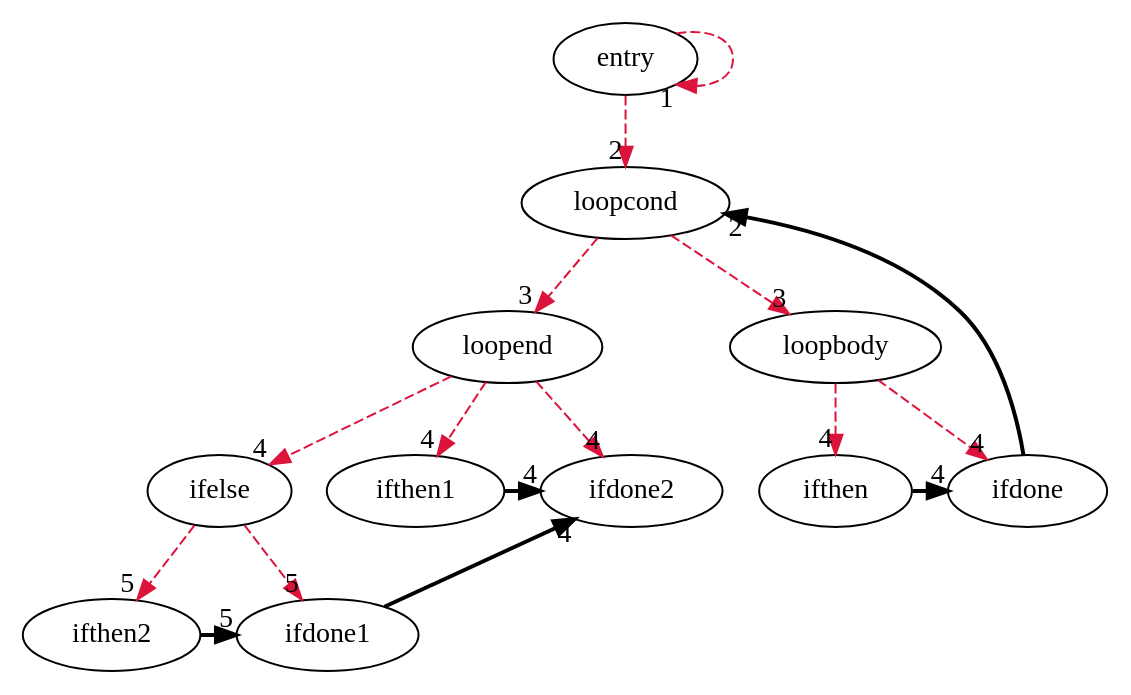
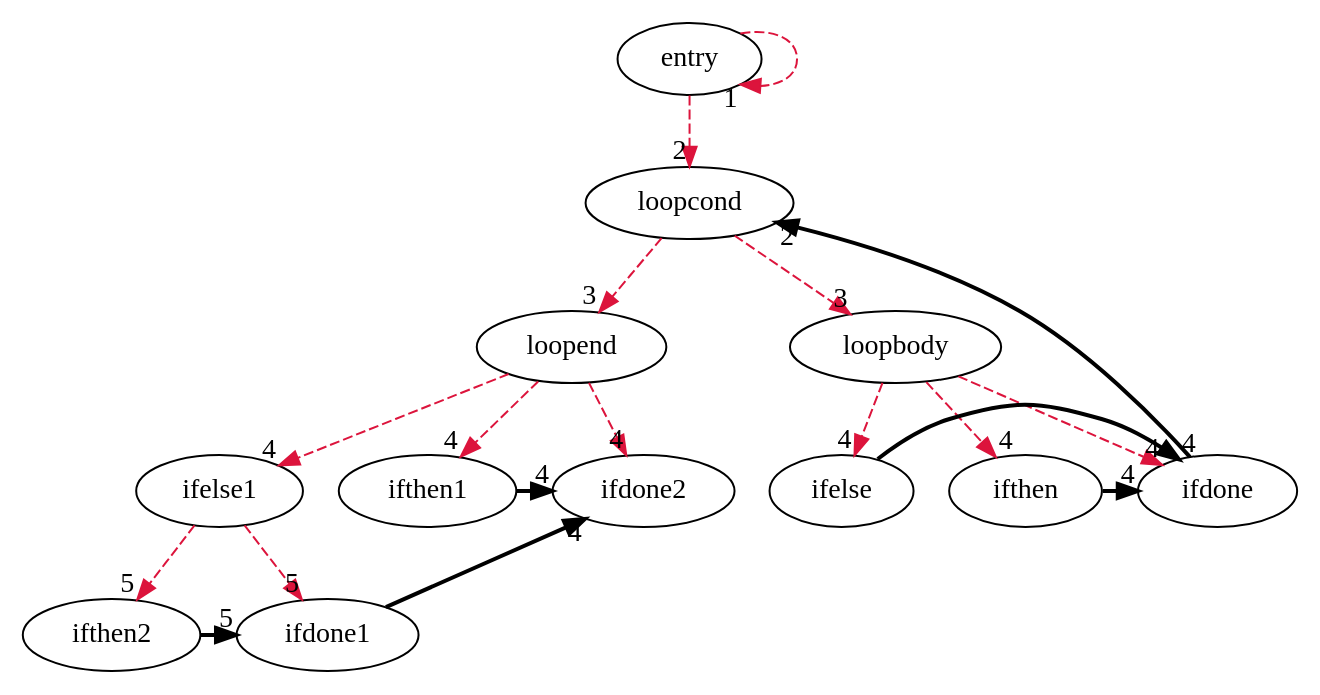
Before and after one commit to arnaavgoyal/new-compiler: the diagram in djg.dot, drawn with Graphviz. The commit also changed 11 other files, not shown here.

```diff
--- a/djg.dot
+++ b/djg.dot
@@ -1,18 +1,20 @@
 digraph {
 	entry -> entry [style="dashed" color="crimson" headlabel="1"]
 	entry -> loopcond [style="dashed" color="crimson" headlabel="2"]
 	loopcond -> loopend [style="dashed" color="crimson" headlabel="3"]
-	loopend -> ifelse [style="dashed" color="crimson" headlabel="4"]
-	ifelse -> ifthen2 [style="dashed" color="crimson" headlabel="5"]
-	ifelse -> ifdone1 [style="dashed" color="crimson" headlabel="5"]
+	loopend -> ifelse1 [style="dashed" color="crimson" headlabel="4"]
+	ifelse1 -> ifthen2 [style="dashed" color="crimson" headlabel="5"]
+	ifelse1 -> ifdone1 [style="dashed" color="crimson" headlabel="5"]
 	loopend -> ifthen1 [style="dashed" color="crimson" headlabel="4"]
 	loopend -> ifdone2 [style="dashed" color="crimson" headlabel="4"]
 	loopcond -> loopbody [style="dashed" color="crimson" headlabel="3"]
+	loopbody -> ifelse [style="dashed" color="crimson" headlabel="4"]
 	loopbody -> ifthen [style="dashed" color="crimson" headlabel="4"]
 	loopbody -> ifdone [style="dashed" color="crimson" headlabel="4"]
 	ifdone -> loopcond [constraint=false color="black" penwidth=2 headlabel="2"]
 	ifthen2 -> ifdone1 [constraint=false color="black" penwidth=2 headlabel="5"]
 	ifthen1 -> ifdone2 [constraint=false color="black" penwidth=2 headlabel="4"]
 	ifdone1 -> ifdone2 [constraint=false color="black" penwidth=2 headlabel="4"]
 	ifthen -> ifdone [constraint=false color="black" penwidth=2 headlabel="4"]
+	ifelse -> ifdone [constraint=false color="black" penwidth=2 headlabel="4"]
 }
```
